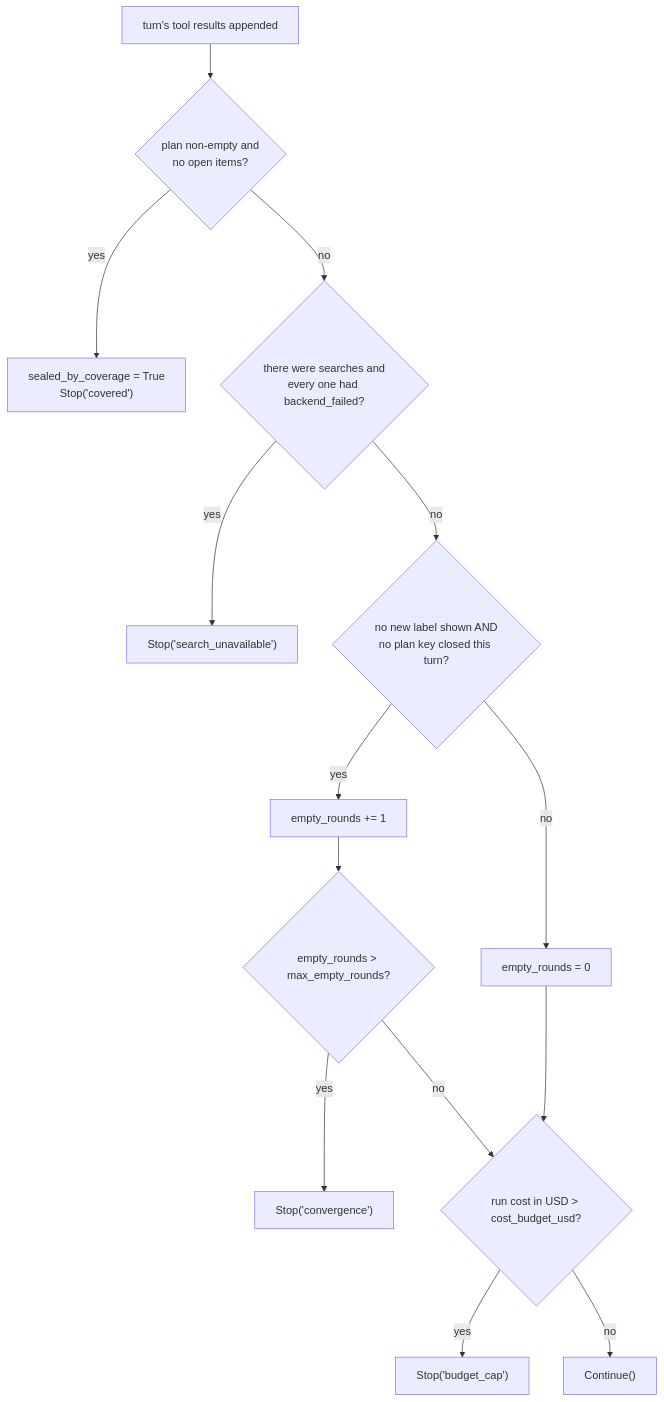
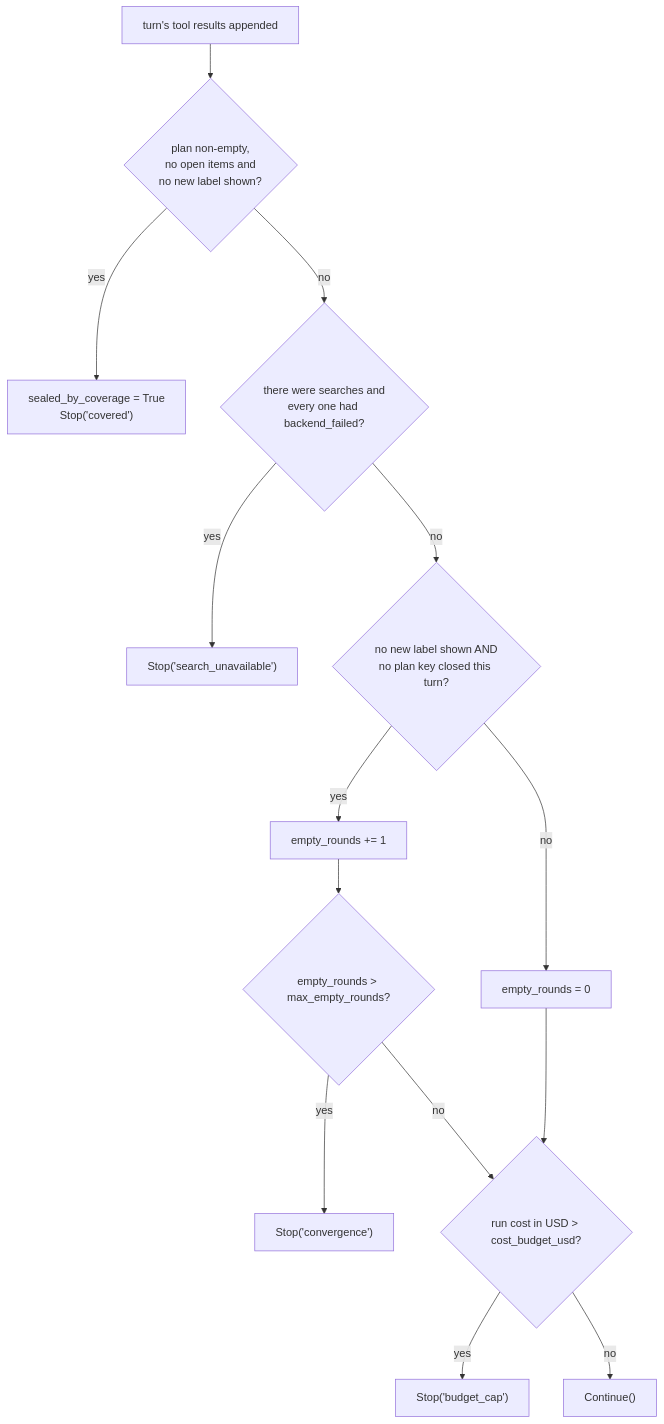
The eighth of 18 diagrams in docs/prod_docs/agent_design.md (akimalikhanov/ai_financial_copilot), drawn with Mermaid before and after one commit. The commit also changed other lines of this file and 29 other files, not shown here.

````diff
--- a/docs/prod_docs/agent_design.md
+++ b/docs/prod_docs/agent_design.md
@@ -769,16 +800,16 @@
 ```mermaid
 flowchart TD
-    A["turn's tool results appended"] --> C{"plan non-empty and<br/>no open items?"}
+    A["turn's tool results appended"] --> C{"plan non-empty,<br/>no open items and<br/>no new label shown?"}
     C -->|yes| COV["sealed_by_coverage = True<br/>Stop('covered')"]
     C -->|no| D{"there were searches and<br/>every one had backend_failed?"}
     D -->|yes| UNAV["Stop('search_unavailable')"]
     D -->|no| E{"no new label shown AND<br/>no plan key closed this turn?"}
     E -->|yes| F["empty_rounds += 1"]
     F --> G{"empty_rounds > max_empty_rounds?"}
     G -->|yes| CONV["Stop('convergence')"]
     G -->|no| H
     E -->|no| RESET["empty_rounds = 0"]
     RESET --> H{"run cost in USD > cost_budget_usd?"}
     H -->|yes| BUD["Stop('budget_cap')"]
     H -->|no| CMP["Continue()"]
 ```
````
